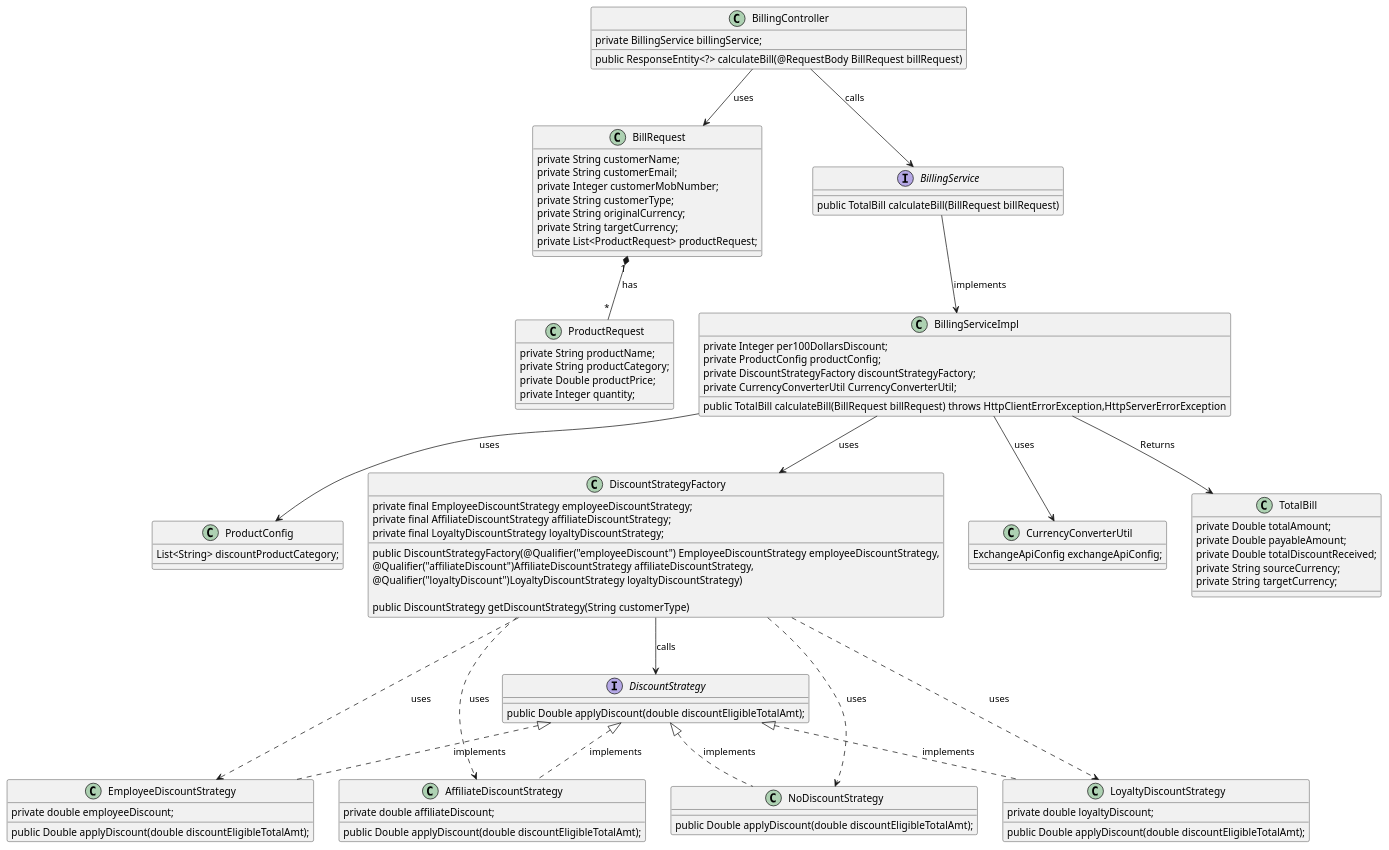
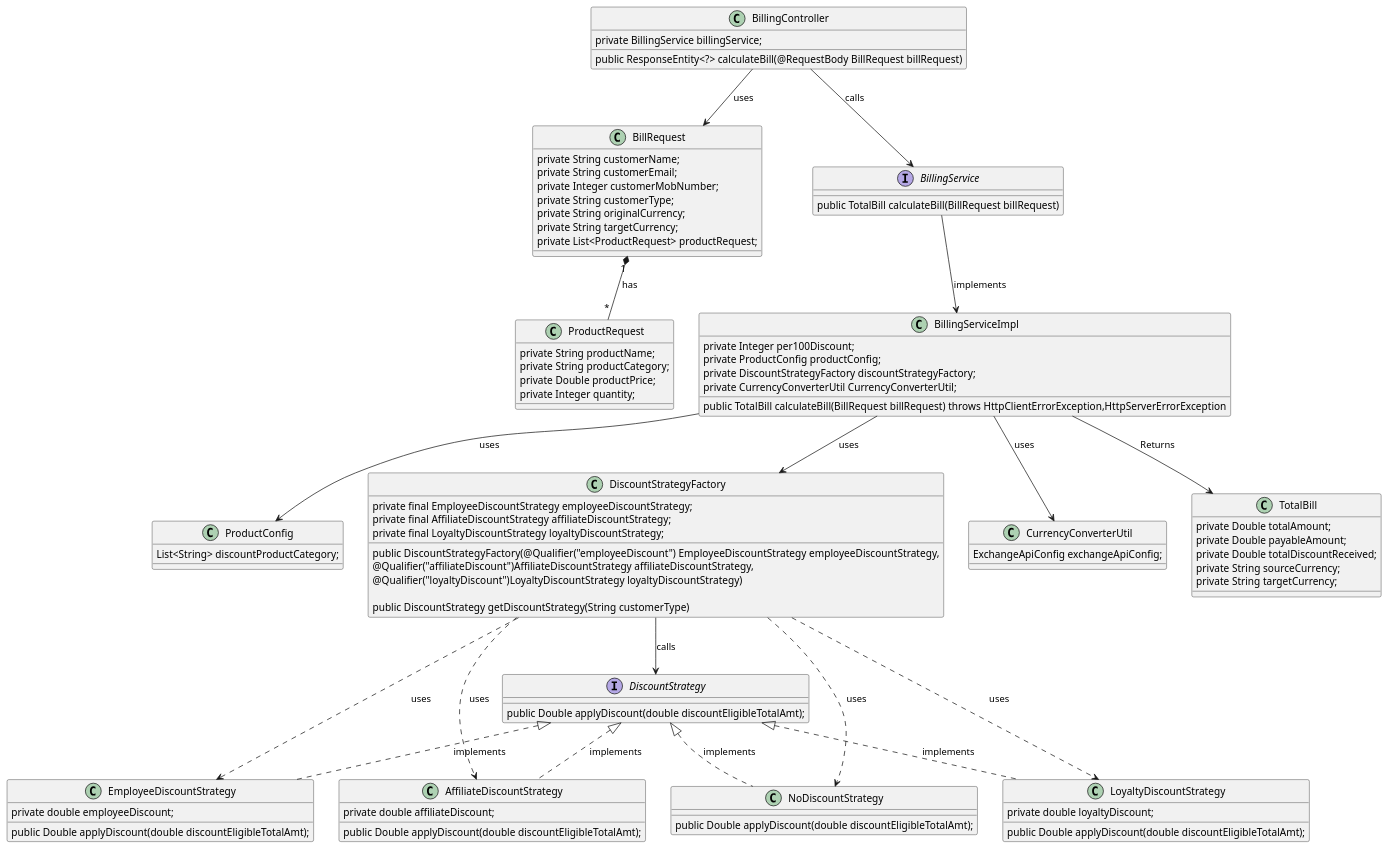
Before and after one commit to Sargam-Mishra95/supermart-billing-service: the diagram in mydiagram.puml, drawn with PlantUML. The commit also changed 15 other files, not shown here.

```diff
--- a/mydiagram.puml
+++ b/mydiagram.puml
@@ -1,122 +1,122 @@
  @startuml
  class BillRequest {
  private String customerName;
  private String customerEmail;
  private Integer customerMobNumber;
  private String customerType;
  private String originalCurrency;
  private String targetCurrency;
  private List<ProductRequest> productRequest;
  }
 
   class ProductRequest {
    private String productName;
    private String productCategory;
     private Double productPrice;
     private Integer quantity;
  }
 
  BillRequest "1" *--"*" ProductRequest : has
 
   class BillingController{
   private BillingService billingService;
   public ResponseEntity<?> calculateBill(@RequestBody BillRequest billRequest)
   }
 
   BillingController --> BillRequest : uses
 
   interface BillingService {
   public TotalBill calculateBill(BillRequest billRequest)
   }
 
   class ProductConfig {
    List<String> discountProductCategory;
   }
 
    class DiscountStrategyFactory{
        private final EmployeeDiscountStrategy employeeDiscountStrategy;
        private final AffiliateDiscountStrategy affiliateDiscountStrategy;
        private final LoyaltyDiscountStrategy loyaltyDiscountStrategy;
 
        public DiscountStrategyFactory(@Qualifier("employeeDiscount") EmployeeDiscountStrategy employeeDiscountStrategy,
                                       @Qualifier("affiliateDiscount")AffiliateDiscountStrategy affiliateDiscountStrategy,
                                       @Qualifier("loyaltyDiscount")LoyaltyDiscountStrategy loyaltyDiscountStrategy)
 
        public DiscountStrategy getDiscountStrategy(String customerType)
 
 
   }
 
     class CurrencyConverterUtil {
      ExchangeApiConfig exchangeApiConfig;
     }
 
 
 
 
   class BillingServiceImpl {
-  private Integer per100DollarsDiscount;
+  private Integer per100Discount;
   private ProductConfig productConfig;
   private DiscountStrategyFactory discountStrategyFactory;
   private CurrencyConverterUtil CurrencyConverterUtil;
 
   public TotalBill calculateBill(BillRequest billRequest) throws HttpClientErrorException,HttpServerErrorException
  }
 
  class TotalBill {
 
      private Double totalAmount;
      private Double payableAmount;
      private Double totalDiscountReceived;
      private String sourceCurrency;
      private String targetCurrency;
      }
 
 
 
   BillingController --> BillingService : calls
   BillingService --> BillingServiceImpl : implements
   BillingServiceImpl --> ProductConfig : uses
   BillingServiceImpl --> DiscountStrategyFactory : uses
   BillingServiceImpl --> CurrencyConverterUtil : uses
   BillingServiceImpl --> TotalBill : "Returns"
 
 
   interface DiscountStrategy {
   public Double applyDiscount(double discountEligibleTotalAmt);
   }
 
   class AffiliateDiscountStrategy {
   private double affiliateDiscount;
   public Double applyDiscount(double discountEligibleTotalAmt);
   }
 
   class EmployeeDiscountStrategy{
   private double employeeDiscount;
   public Double applyDiscount(double discountEligibleTotalAmt);
   }
 
   class LoyaltyDiscountStrategy{
   private double loyaltyDiscount;
   public Double applyDiscount(double discountEligibleTotalAmt);
   }
 
   class NoDiscountStrategy{
   public Double applyDiscount(double discountEligibleTotalAmt);
   }
 
   DiscountStrategy <|.. EmployeeDiscountStrategy : implements
   DiscountStrategy <|.. AffiliateDiscountStrategy : implements
   DiscountStrategy <|.. LoyaltyDiscountStrategy : implements
   DiscountStrategy <|.. NoDiscountStrategy : implements
 
   DiscountStrategyFactory --> DiscountStrategy : calls
   DiscountStrategyFactory ..> EmployeeDiscountStrategy : uses
   DiscountStrategyFactory ..> AffiliateDiscountStrategy : uses
   DiscountStrategyFactory ..> LoyaltyDiscountStrategy : uses
   DiscountStrategyFactory ..> NoDiscountStrategy : uses
 
 
 
  }
 @enduml
```
